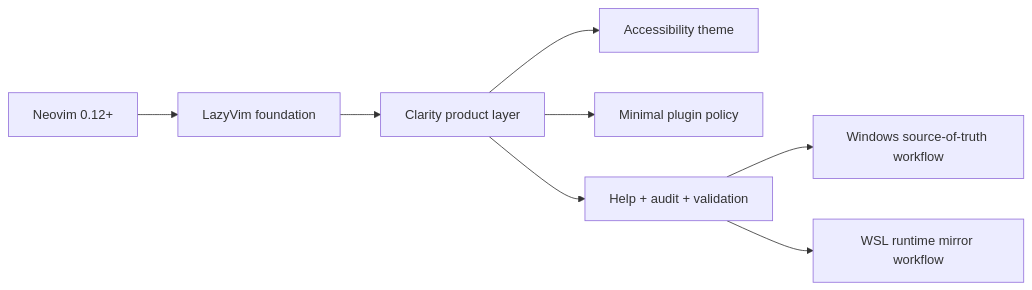
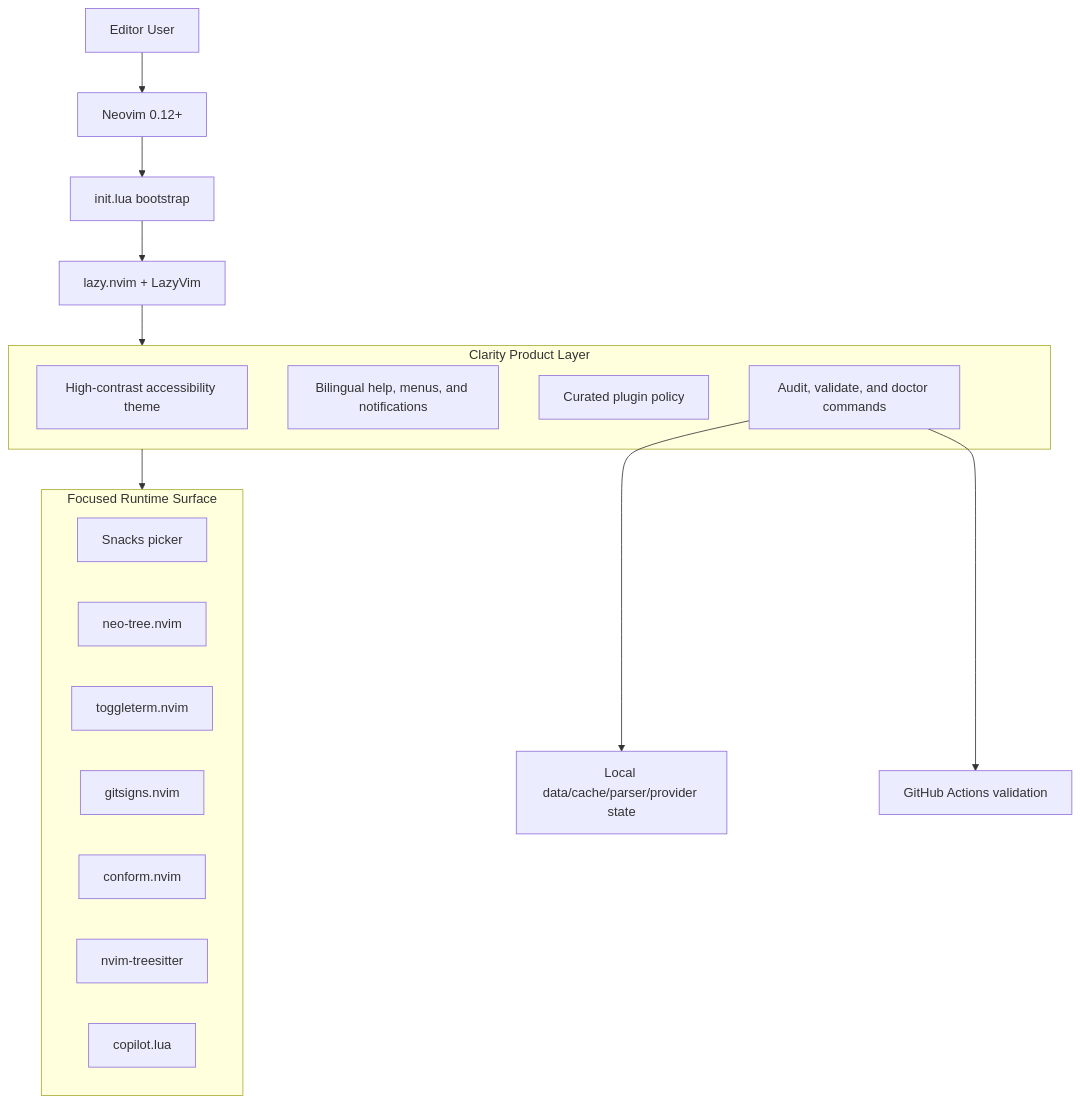
The first of 3 diagrams in README.md (Nongfsq/clarity_lazyvim), drawn with Mermaid before and after one commit. The commit also changed other lines of this file and 2 other files, not shown here.

Commit message:
docs: add README architecture diagrams

````diff
--- a/README.md
+++ b/README.md
@@ -170,10 +172,29 @@
 ```mermaid
-flowchart LR
-    A["Neovim 0.12+"] --> B["LazyVim foundation"]
-    B --> C["Clarity product layer"]
-    C --> D["Accessibility theme"]
-    C --> E["Minimal plugin policy"]
-    C --> F["Help + audit + validation"]
-    F --> G["Windows source-of-truth workflow"]
-    F --> H["WSL runtime mirror workflow"]
+flowchart TB
+    User["Editor User"] --> Entry["Neovim 0.12+"]
+    Entry --> Bootstrap["init.lua bootstrap"]
+    Bootstrap --> Lazy["lazy.nvim + LazyVim"]
+
+    subgraph Product["Clarity Product Layer"]
+        Theme["High-contrast accessibility theme"]
+        RuntimeUI["Bilingual help, menus, and notifications"]
+        Policy["Curated plugin policy"]
+        Doctor["Audit, validate, and doctor commands"]
+    end
+
+    Lazy --> Product
+
+    subgraph Plugins["Focused Runtime Surface"]
+        Picker["Snacks picker"]
+        Tree["neo-tree.nvim"]
+        Terminal["toggleterm.nvim"]
+        Git["gitsigns.nvim"]
+        Format["conform.nvim"]
+        Syntax["nvim-treesitter"]
+        AI["copilot.lua"]
+    end
+
+    Product --> Plugins
+    Doctor --> LocalState["Local data/cache/parser/provider state"]
+    Doctor --> CI["GitHub Actions validation"]
 ```
````
